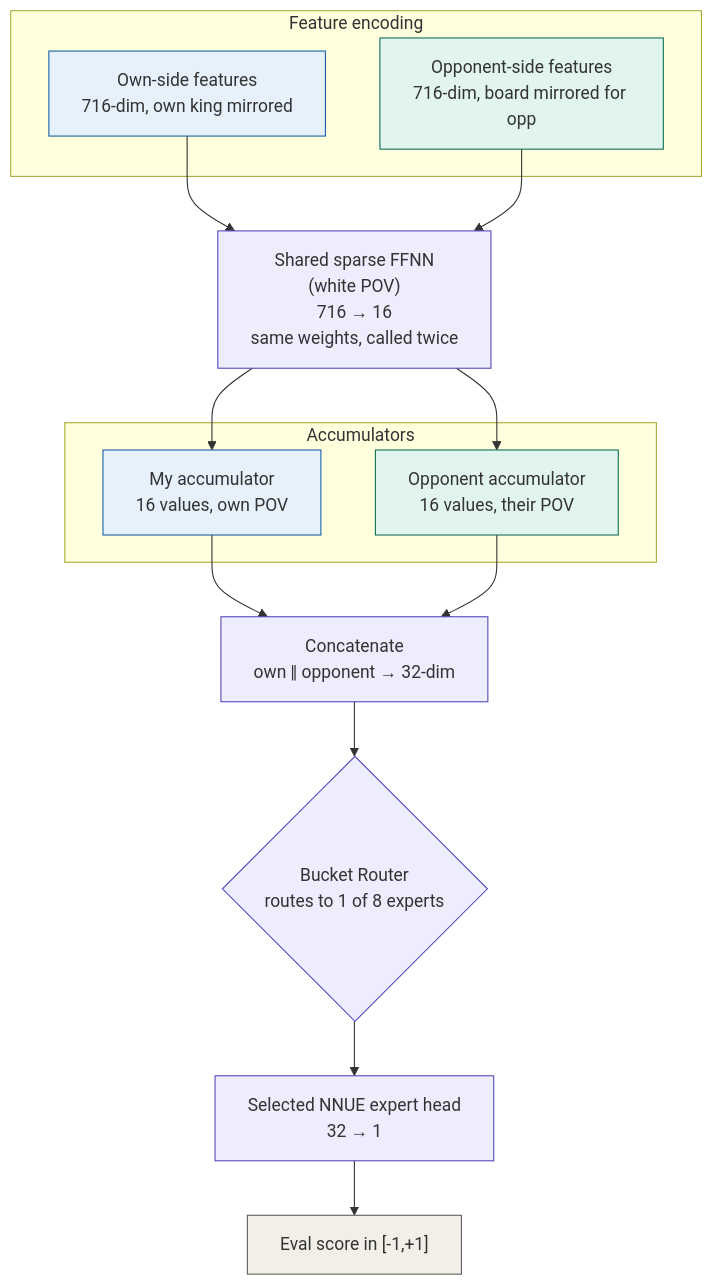
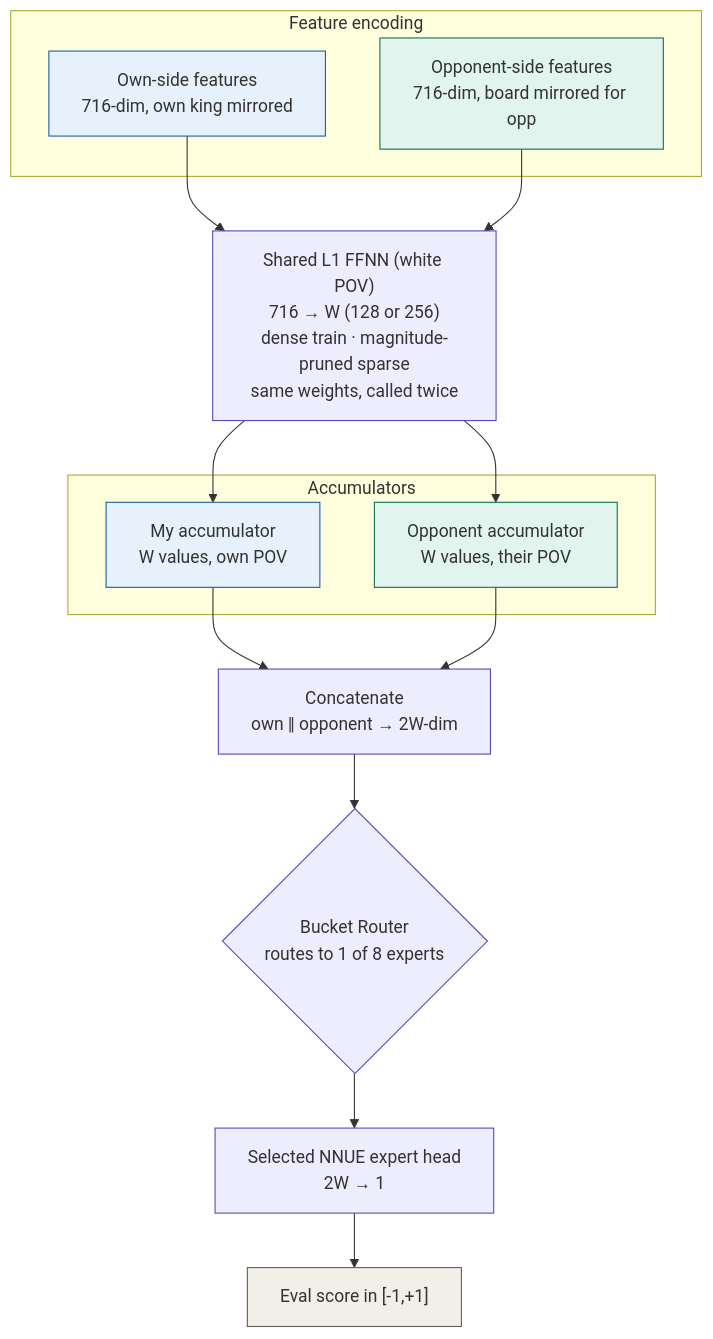
Before and after one commit to Omega97/TinyML_Internship: the second of 3 diagrams in NOTES/SARDINE Engine Blueprint.md, drawn with Mermaid. The commit also changed other lines of this file and 4 other files, not shown here.

````diff
--- a/NOTES/SARDINE Engine Blueprint.md
+++ b/NOTES/SARDINE Engine Blueprint.md
@@ -51,34 +52,34 @@
 ```mermaid
 flowchart TD
      subgraph A_row["Feature encoding"]
          A1["Own-side features<br/>716-dim, own king mirrored"]
          A2["Opponent-side features<br/>716-dim, board mirrored for opp"]
      end
-     B["Shared sparse FFNN <br/>(white POV)<br/>716 → 16<br/>same weights, called twice"]
+     B["Shared L1 FFNN (white POV)<br/>716 → W (128 or 256)<br/>dense train · magnitude-pruned sparse<br/>same weights, called twice"]
      subgraph C_row["Accumulators"]
-         C1["My accumulator<br/>16 values, own POV"]
-         C2["Opponent accumulator<br/>16 values, their POV"]
+         C1["My accumulator<br/>W values, own POV"]
+         C2["Opponent accumulator<br/>W values, their POV"]
      end
-     D["Concatenate<br/>own ‖ opponent → 32-dim"]
+     D["Concatenate<br/>own ‖ opponent → 2W-dim"]
      E{"Bucket Router<br/>routes to 1 of 8 experts"}
-     F["Selected NNUE expert head<br/>32 → 1"]
+     F["Selected NNUE expert head<br/>2W → 1"]
      G["Eval score in [-1,+1]"]
      A1 --> B
      A2 --> B
      B --> C1
      B --> C2
      C1 --> D
      C2 --> D
      D --> E
      E --> F
      F --> G
      style A1 fill:#e6f1fb,stroke:#185fa5,stroke-width:1px
      style C1 fill:#e6f1fb,stroke:#185fa5,stroke-width:1px
      style A2 fill:#e1f5ee,stroke:#0f6e56,stroke-width:1px
      style C2 fill:#e1f5ee,stroke:#0f6e56,stroke-width:1px
      style B fill:#eeedfe,stroke:#534ab7,stroke-width:1px
      style D fill:#eeedfe,stroke:#534ab7,stroke-width:1px
      style E fill:#eeedfe,stroke:#534ab7,stroke-width:1px
      style F fill:#eeedfe,stroke:#534ab7,stroke-width:1px
      style G fill:#f1efe8,stroke:#5f5e5a,stroke-width:1px
 ```
````
